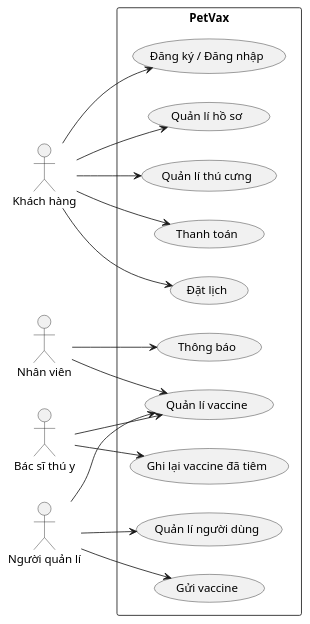
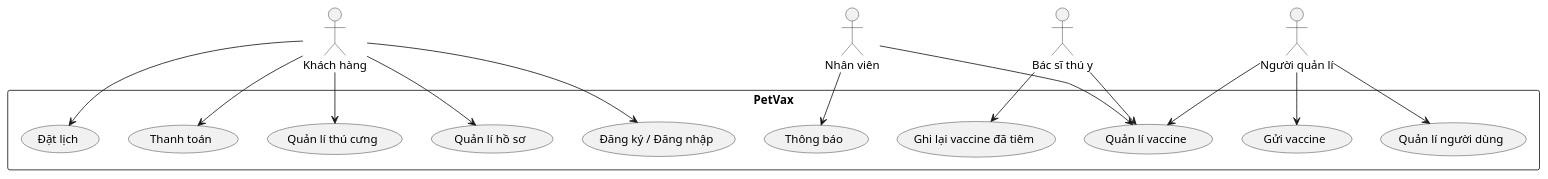
One commit to KaiyoDev/PetVax changed the second of 10 diagrams in README.md. Above: the diagram before and after it, drawn with PlantUML. The commit also changed other lines of this file, not shown here.

````diff
--- a/README.md
+++ b/README.md
@@ -224,39 +223,38 @@
 ```plantuml
 @startuml
-left to right direction
 
 actor "Khách hàng" as KH
 actor "Nhân viên" as NV
 actor "Bác sĩ thú y" as BS
 actor "Người quản lí" as QT
 
 rectangle "PetVax" {
   usecase "Đăng ký / Đăng nhập" as UC1
   usecase "Quản lí hồ sơ" as UC2
   usecase "Quản lí thú cưng" as UC3
   usecase "Thanh toán" as UC4
   usecase "Đặt lịch" as UC5
   usecase "Thông báo" as UC6
   usecase "Quản lí vaccine" as UC7
   usecase "Ghi lại vaccine đã tiêm" as UC8
   usecase "Quản lí người dùng" as UC9
   usecase "Gửi vaccine" as UC10
 }
 
 KH --> UC1
 KH --> UC2
 KH --> UC3
 KH --> UC4
 KH --> UC5
 
 NV --> UC6
 NV --> UC7
 
 BS --> UC8
 BS --> UC7
 
 QT --> UC9
 QT --> UC7
 QT --> UC10
 @enduml
 ```
````
